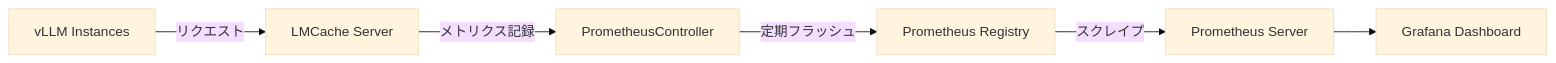
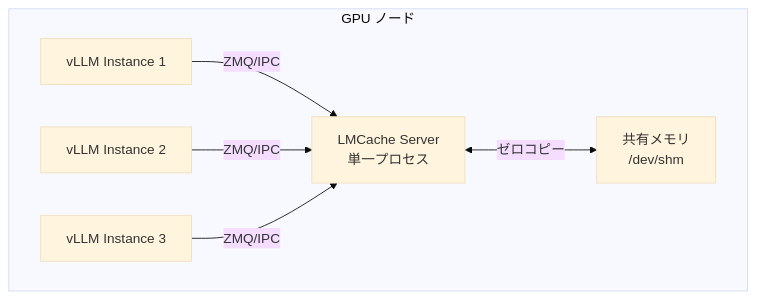
One commit to littlemex/zenn changed the second of 9 diagrams in articles/e2f8f45e6fdc21.md. Above: the diagram before and after it, drawn with Mermaid (base theme). The commit also changed other lines of this file, not shown here.

````diff
--- a/articles/e2f8f45e6fdc21.md
+++ b/articles/e2f8f45e6fdc21.md
@@ -149,8 +108,14 @@
 ```mermaid
-graph LR
-    A[vLLM Instances] -->|リクエスト| B[LMCache Server]
-    B -->|メトリクス記録| C[PrometheusController]
-    C -->|定期フラッシュ| D[Prometheus Registry]
-    D -->|スクレイプ| E[Prometheus Server]
-    E --> F[Grafana Dashboard]
+graph TB
+    subgraph Node["GPU ノード"]
+        V1[vLLM Instance 1]
+        V2[vLLM Instance 2]
+        V3[vLLM Instance 3]
+        L1[LMCache Server<br/>単一プロセス]
+        SHM[共有メモリ<br/>/dev/shm]
+        V1 -->|ZMQ/IPC| L1
+        V2 -->|ZMQ/IPC| L1
+        V3 -->|ZMQ/IPC| L1
+        L1 <-->|ゼロコピー| SHM
+    end
 ```
````
